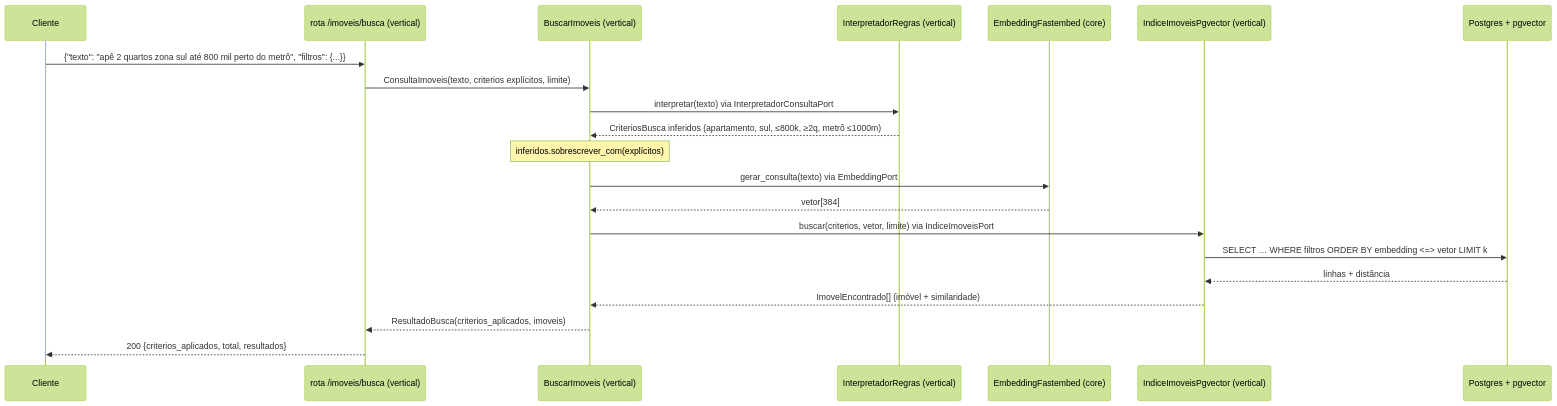
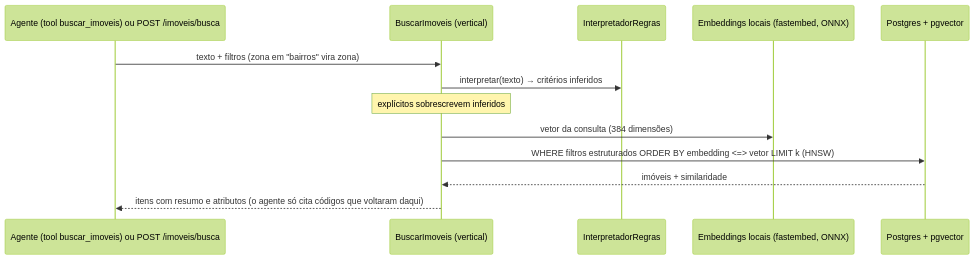
Diagram 11 of 13 in docs/arquitetura.md (amaranini/tech-challenge-fase-5), drawn with Mermaid (forest theme) before and after one commit. The commit also changed other lines of this file and 22 other files, not shown here.

````diff
--- a/docs/arquitetura.md
+++ b/docs/arquitetura.md
@@ -424,24 +361,16 @@
 ```mermaid
 sequenceDiagram
-    participant C as Cliente
-    participant R as rota /imoveis/busca (vertical)
+    participant A as Agente (tool buscar_imoveis) ou POST /imoveis/busca
     participant U as BuscarImoveis (vertical)
-    participant I as InterpretadorRegras (vertical)
-    participant E as EmbeddingFastembed (core)
-    participant X as IndiceImoveisPgvector (vertical)
+    participant I as InterpretadorRegras
+    participant E as Embeddings locais (fastembed, ONNX)
     participant DB as Postgres + pgvector
 
-    C->>R: {"texto": "apê 2 quartos zona sul até 800 mil perto do metrô", "filtros": {...}}
-    R->>U: ConsultaImoveis(texto, criterios explícitos, limite)
-    U->>I: interpretar(texto) via InterpretadorConsultaPort
-    I-->>U: CriteriosBusca inferidos (apartamento, sul, ≤800k, ≥2q, metrô ≤1000m)
-    Note over U: inferidos.sobrescrever_com(explícitos)
-    U->>E: gerar_consulta(texto) via EmbeddingPort
-    E-->>U: vetor[384]
-    U->>X: buscar(criterios, vetor, limite) via IndiceImoveisPort
-    X->>DB: SELECT … WHERE filtros ORDER BY embedding <=> vetor LIMIT k
-    DB-->>X: linhas + distância
-    X-->>U: ImovelEncontrado[] (imóvel + similaridade)
-    U-->>R: ResultadoBusca(criterios_aplicados, imoveis)
-    R-->>C: 200 {criterios_aplicados, total, resultados}
+    A->>U: texto + filtros (zona em "bairros" vira zona)
+    U->>I: interpretar(texto) → critérios inferidos
+    Note over U: explícitos sobrescrevem inferidos
+    U->>E: vetor da consulta (384 dimensões)
+    U->>DB: WHERE filtros estruturados ORDER BY embedding <=> vetor LIMIT k (HNSW)
+    DB-->>U: imóveis + similaridade
+    U-->>A: itens com resumo e atributos (o agente só cita códigos que voltaram daqui)
 ```
````
